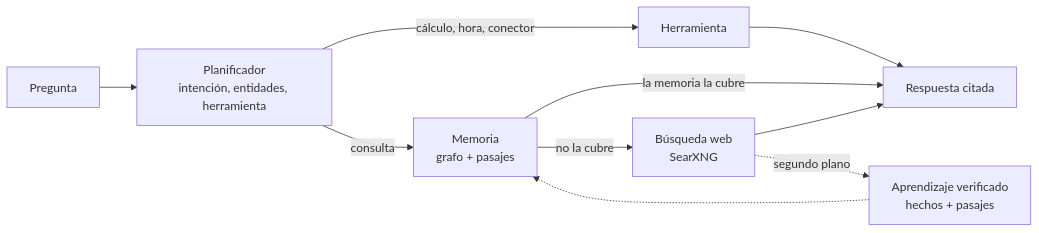
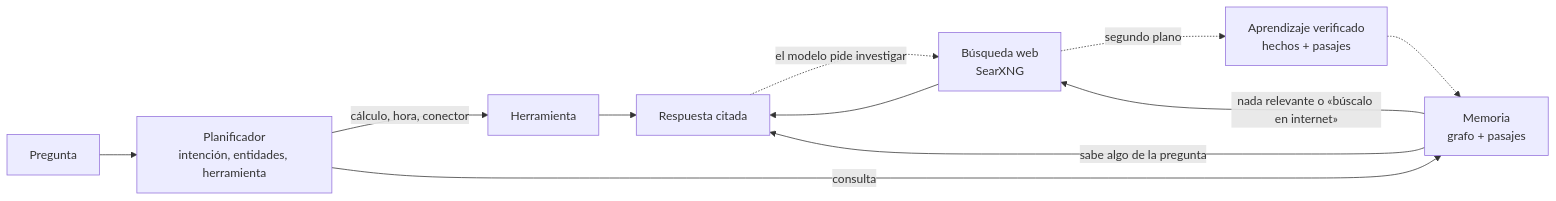
Before and after one commit to yemsy26/SynaptoCore: the diagram in README.md, drawn with Mermaid. The commit also changed other lines of this file and 4 other files, not shown here.

First line of the commit message:
SynaptoCore Paso 31: memoria primero, web después

````diff
--- a/README.md
+++ b/README.md
@@ -44,12 +44,13 @@
 ```mermaid
 flowchart LR
     U[Pregunta] --> P[Planificador<br/>intención, entidades, herramienta]
     P -->|cálculo, hora, conector| T[Herramienta]
     P -->|consulta| M[Memoria<br/>grafo + pasajes]
-    M -->|la memoria la cubre| R[Respuesta citada]
-    M -->|no la cubre| W[Búsqueda web<br/>SearXNG]
+    M -->|sabe algo de la pregunta| R[Respuesta citada]
+    M -->|nada relevante o «búscalo en internet»| W[Búsqueda web<br/>SearXNG]
+    R -.->|el modelo pide investigar| W
     W --> R
     W -.->|segundo plano| A[Aprendizaje verificado<br/>hechos + pasajes]
     A -.-> M
     T --> R
 ```
````
